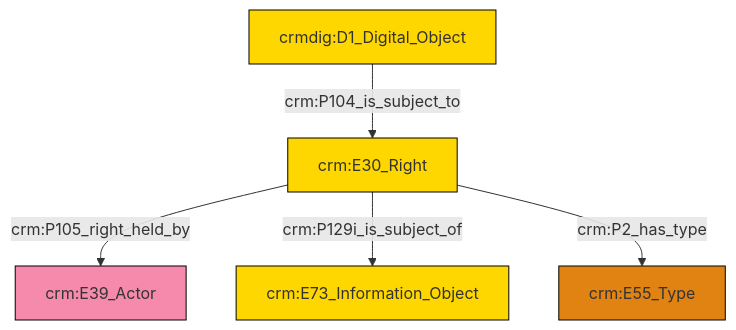
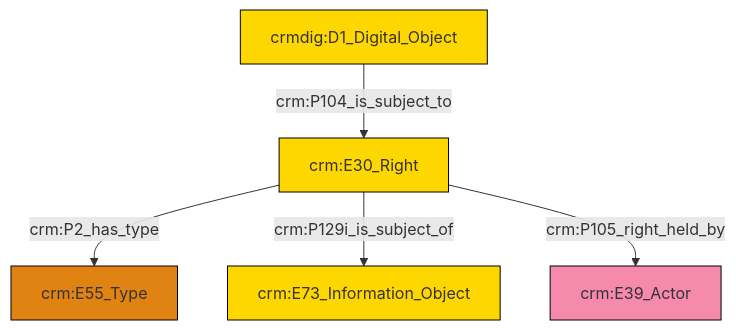
Before and after one commit to swiss-art-research-net/docs.swissartresearch: the diagram in et/doCSV/ttl/mmd/do_rights.ttl.mmd, drawn with Mermaid. The commit also changed 174 other files, not shown here.

```diff
--- a/et/doCSV/ttl/mmd/do_rights.ttl.mmd
+++ b/et/doCSV/ttl/mmd/do_rights.ttl.mmd
@@ -1,19 +1,19 @@
 graph TD
 classDef Literal fill:#f2f2f2,stroke:#000000;
 classDef CRM_Entity fill:#FFFFFF,stroke:#000000;
 classDef Temporal_Entity fill:#00C9E6, stroke:#000000;
 classDef Type fill:#E18312, stroke:#000000;
 classDef Time-Span fill:#2C9C91, stroke:#000000;
 classDef Appellation fill:#FFEB7F, stroke:#000000;
 classDef Place fill:#008836, stroke:#000000;
 classDef Persistent_Item fill:#B266B2, stroke:#000000;
 classDef Conceptual_Object fill:#FFD700, stroke:#000000;
 classDef Physical_Thing fill:#D2B48C, stroke:#000000;
 classDef Actor fill:#f58aad, stroke:#000000;
 classDef PC_Classes fill:#4ce600, stroke:#000000;
 classDef Multi fill:#cccccc,stroke:#000000;
 
-0["crm:E30_Right"]:::Conceptual_Object -->|crm:P105_right_held_by| 1["crm:E39_Actor"]:::Actor
-0["crm:E30_Right"]:::Conceptual_Object -->|crm:P129i_is_subject_of| 4["crm:E73_Information_Object"]:::Conceptual_Object
-2["crmdig:D1_Digital_Object"]:::Conceptual_Object -->|crm:P104_is_subject_to| 0["crm:E30_Right"]:::Conceptual_Object
-0["crm:E30_Right"]:::Conceptual_Object -->|crm:P2_has_type| 7["crm:E55_Type"]:::Type
+0["crmdig:D1_Digital_Object"]:::Conceptual_Object -->|crm:P104_is_subject_to| 1["crm:E30_Right"]:::Conceptual_Object
+1["crm:E30_Right"]:::Conceptual_Object -->|crm:P2_has_type| 2["crm:E55_Type"]:::Type
+1["crm:E30_Right"]:::Conceptual_Object -->|crm:P129i_is_subject_of| 3["crm:E73_Information_Object"]:::Conceptual_Object
+1["crm:E30_Right"]:::Conceptual_Object -->|crm:P105_right_held_by| 6["crm:E39_Actor"]:::Actor
```
